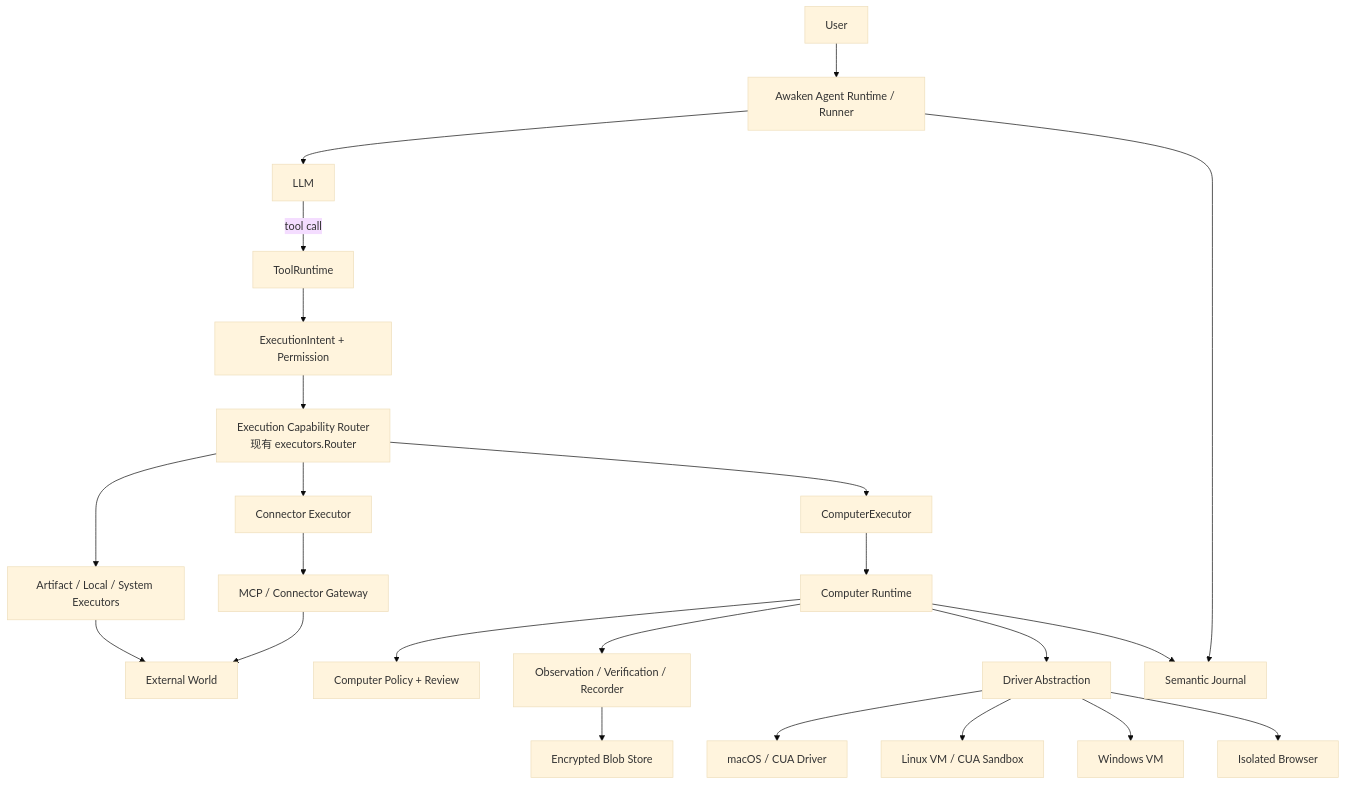
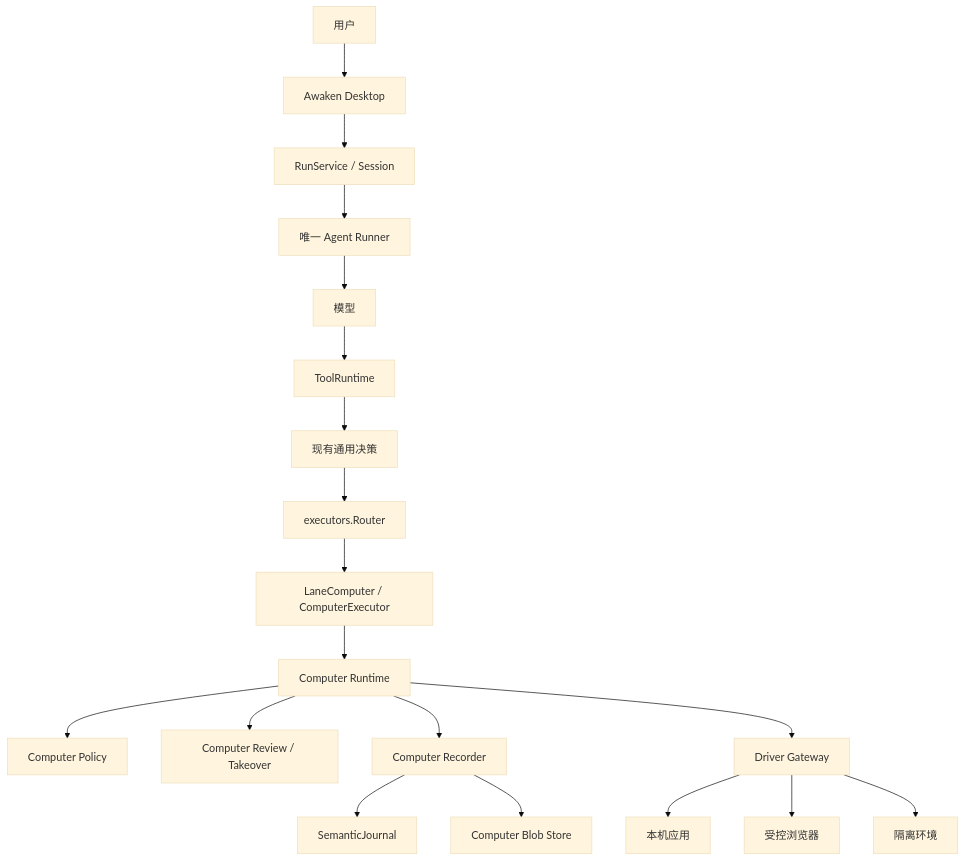
The second of 4 diagrams in docs/10_计算机操作能力/计算机操作能力设计契约.md (NolanGrant556/Awaken), drawn with Mermaid (base theme) before and after one commit. The commit also changed other lines of this file, not shown here.

Commit message:
docs: refresh Computer Use design contract

````diff
--- a/docs/10_计算机操作能力/计算机操作能力设计契约.md
+++ b/docs/10_计算机操作能力/计算机操作能力设计契约.md
@@ -311,25 +243,21 @@
 ```mermaid
-flowchart TB
-    U["User"] --> AR["Awaken Agent Runtime / Runner"]
-    AR --> LLM["LLM"]
-    LLM -->|"tool call"| TR["ToolRuntime"]
-    TR --> IP["ExecutionIntent + Permission"]
-    IP --> CR["Execution Capability Router\n现有 executors.Router"]
-    CR --> TE["Artifact / Local / System Executors"]
-    CR --> ME["Connector Executor"]
-    ME --> MG["MCP / Connector Gateway"]
-    CR --> CE["ComputerExecutor"]
-    CE --> CU["Computer Runtime"]
-    CU --> POL["Computer Policy + Review"]
-    CU --> REC["Observation / Verification / Recorder"]
-    CU --> DR["Driver Abstraction"]
-    DR --> MAC["macOS / CUA Driver"]
-    DR --> LIN["Linux VM / CUA Sandbox"]
-    DR --> WIN["Windows VM"]
-    DR --> BR["Isolated Browser"]
-    TE --> EW["External World"]
-    MG --> EW
-    REC --> BS["Encrypted Blob Store"]
-    AR --> SJ["Semantic Journal"]
-    CU --> SJ
+flowchart TD
+    User["用户"] --> Desktop["Awaken Desktop"]
+    Desktop --> RunService["RunService / Session"]
+    RunService --> Runner["唯一 Agent Runner"]
+    Runner --> LLM["模型"]
+    LLM --> ToolRuntime["ToolRuntime"]
+    ToolRuntime --> Decision["现有通用决策"]
+    Decision --> Router["executors.Router"]
+    Router --> ComputerExecutor["LaneComputer / ComputerExecutor"]
+    ComputerExecutor --> ComputerRuntime["Computer Runtime"]
+    ComputerRuntime --> Policy["Computer Policy"]
+    ComputerRuntime --> Review["Computer Review / Takeover"]
+    ComputerRuntime --> Recorder["Computer Recorder"]
+    ComputerRuntime --> Driver["Driver Gateway"]
+    Driver --> Host["本机应用"]
+    Driver --> Browser["受控浏览器"]
+    Driver --> VM["隔离环境"]
+    Recorder --> Journal["SemanticJournal"]
+    Recorder --> Blob["Computer Blob Store"]
 ```
````
